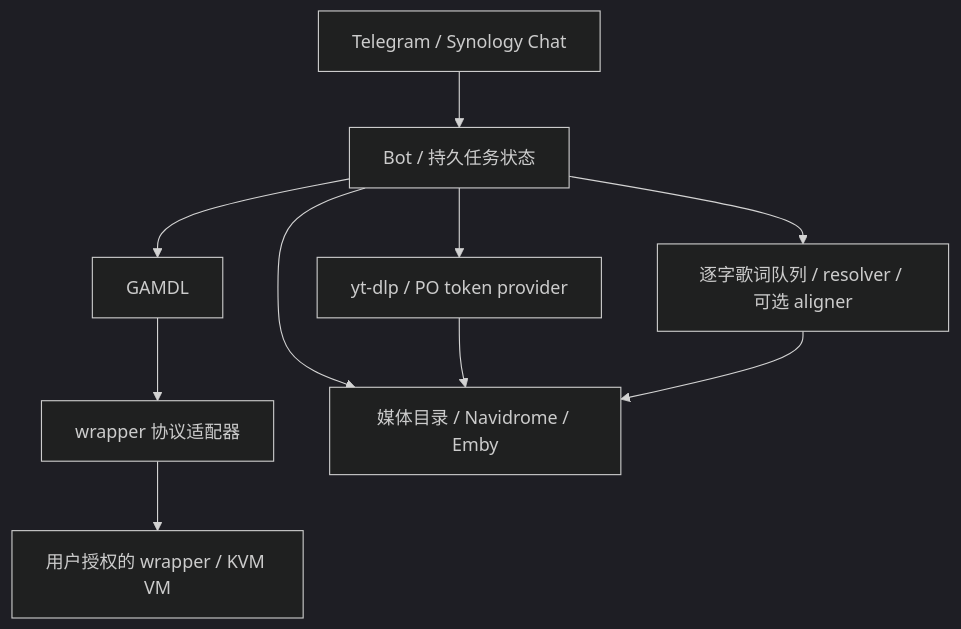
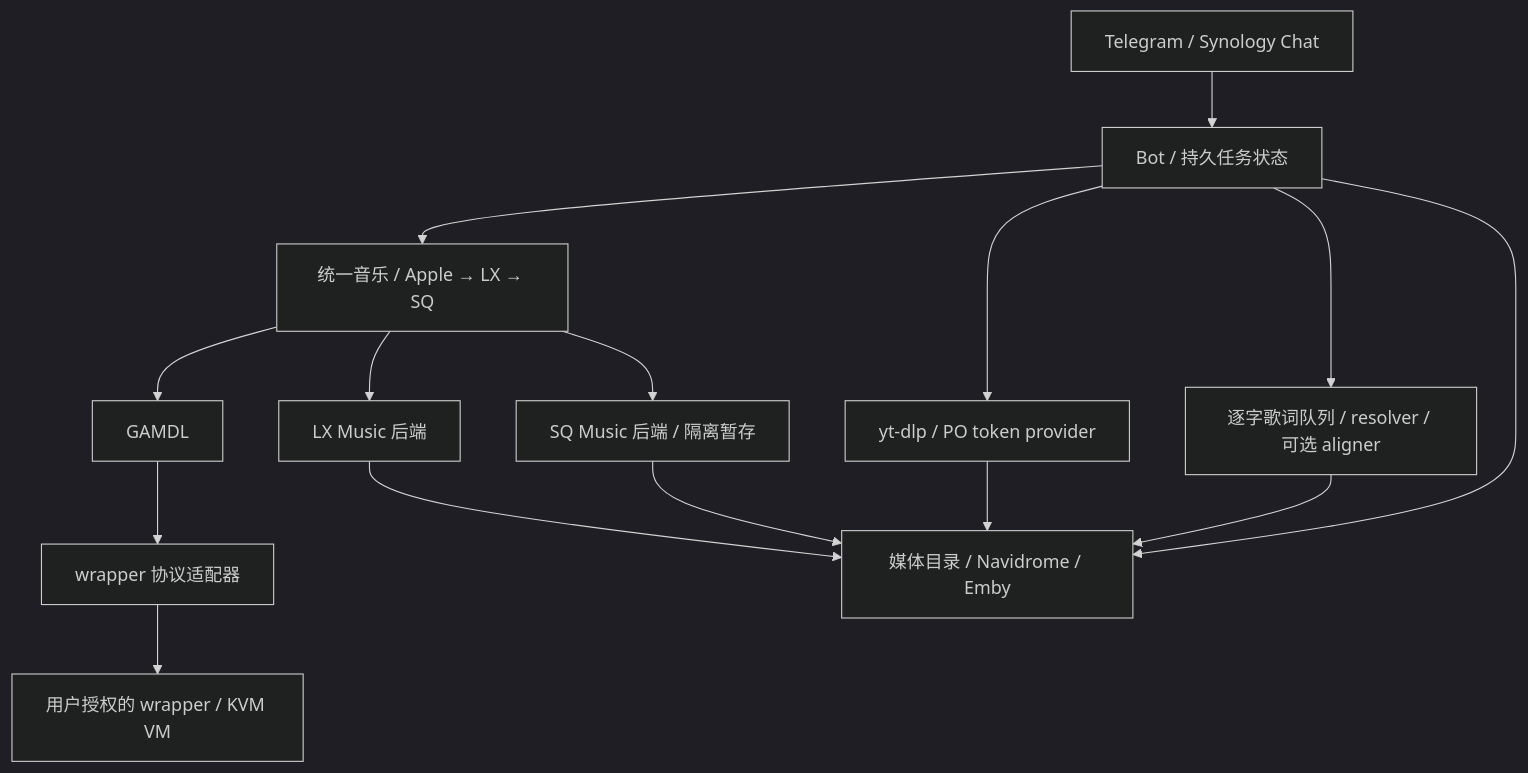
The diagram in README.md (zskruc/apple-music-downloader-bot), drawn with Mermaid (dark theme) before and after one commit. The commit also changed other lines of this file and 40 other files, not shown here.

````diff
--- a/README.md
+++ b/README.md
@@ -22,12 +23,17 @@
 ```mermaid
 flowchart TD
     T[Telegram / Synology Chat] --> B[Bot / 持久任务状态]
-    B --> G[GAMDL]
+    B --> U[统一音乐 / Apple → LX → SQ]
+    U --> G[GAMDL]
     G --> A[wrapper 协议适配器]
     A --> V[用户授权的 wrapper / KVM VM]
     B --> Y[yt-dlp / PO token provider]
     B --> L[逐字歌词队列 / resolver / 可选 aligner]
     B --> M[媒体目录 / Navidrome / Emby]
     Y --> M
     L --> M
+    U --> X[LX Music 后端]
+    U --> Q[SQ Music 后端 / 隔离暂存]
+    X --> M
+    Q --> M
 ```
````
